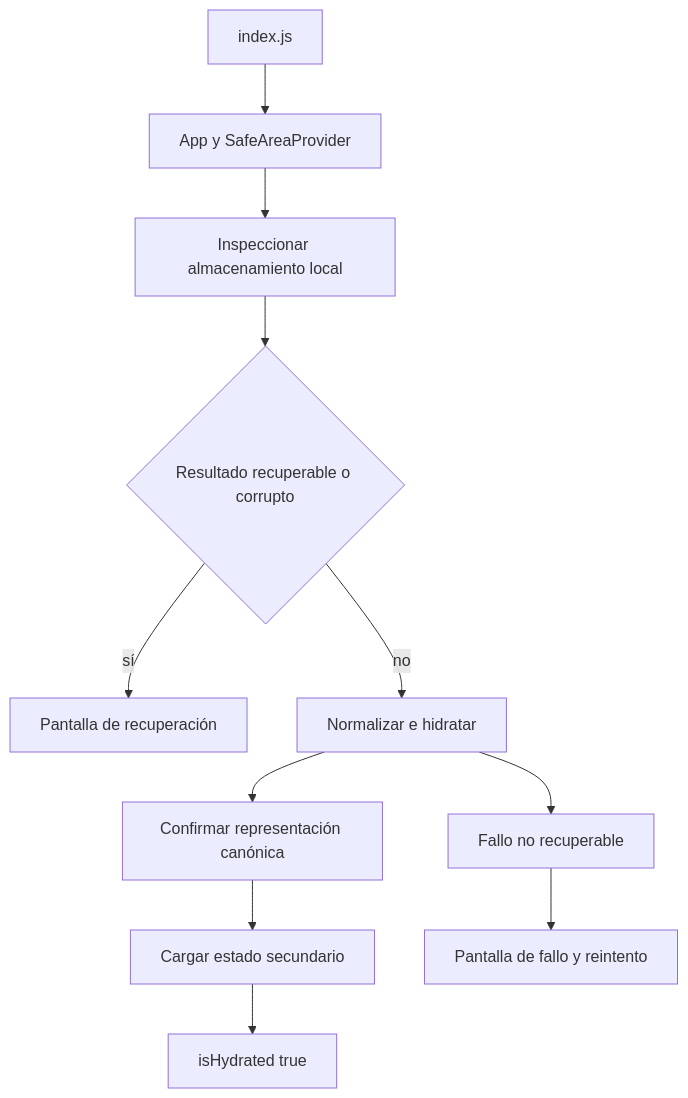
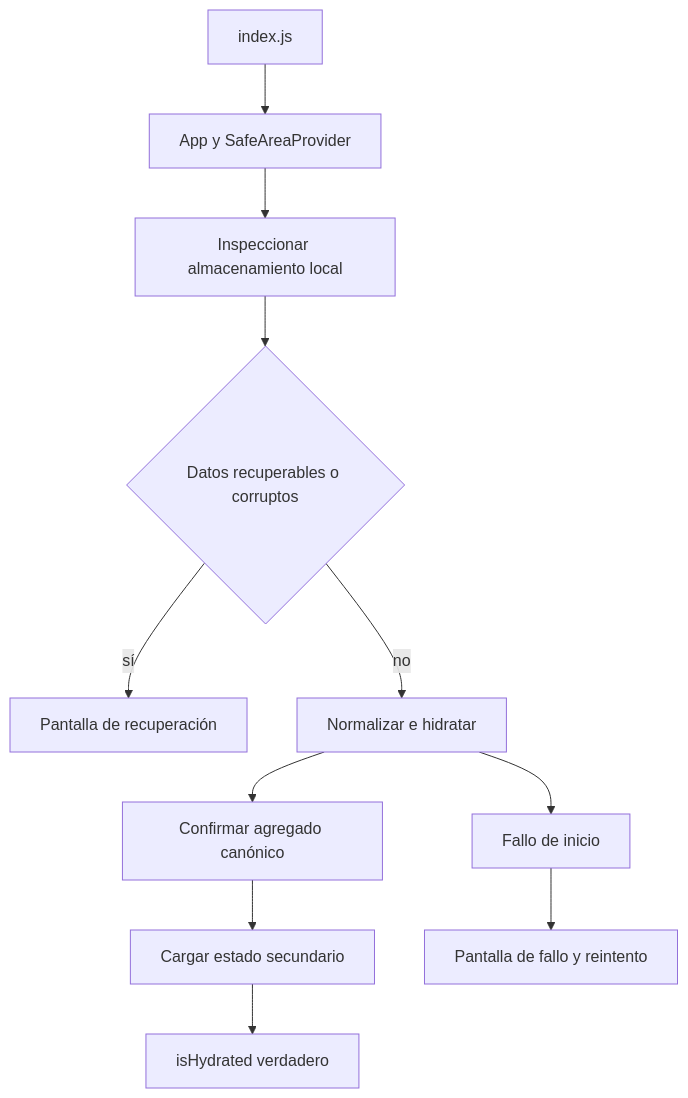
One commit to maximofn/gymnasia changed the first of 2 diagrams in openwiki/mobile/application-shell.md. Above: the diagram before and after it, drawn with Mermaid. The commit also changed other lines of this file and 55 other files, not shown here.

````diff
--- a/openwiki/mobile/application-shell.md
+++ b/openwiki/mobile/application-shell.md
@@ -51,13 +53,13 @@
 ```mermaid
 flowchart TD
     Entry["index.js"] --> Root["App y SafeAreaProvider"]
     Root --> Inspect["Inspeccionar almacenamiento local"]
-    Inspect --> Quarantine{"Resultado recuperable o corrupto"}
+    Inspect --> Quarantine{"Datos recuperables o corruptos"}
     Quarantine -->|"sí"| Recovery["Pantalla de recuperación"]
     Quarantine -->|"no"| Normalize["Normalizar e hidratar"]
-    Normalize --> Commit["Confirmar representación canónica"]
+    Normalize --> Commit["Confirmar agregado canónico"]
     Commit --> Secondary["Cargar estado secundario"]
-    Secondary --> Ready["isHydrated true"]
-    Normalize --> Failure["Fallo no recuperable"]
+    Secondary --> Ready["isHydrated verdadero"]
+    Normalize --> Failure["Fallo de inicio"]
     Failure --> Retry["Pantalla de fallo y reintento"]
 ```
````
